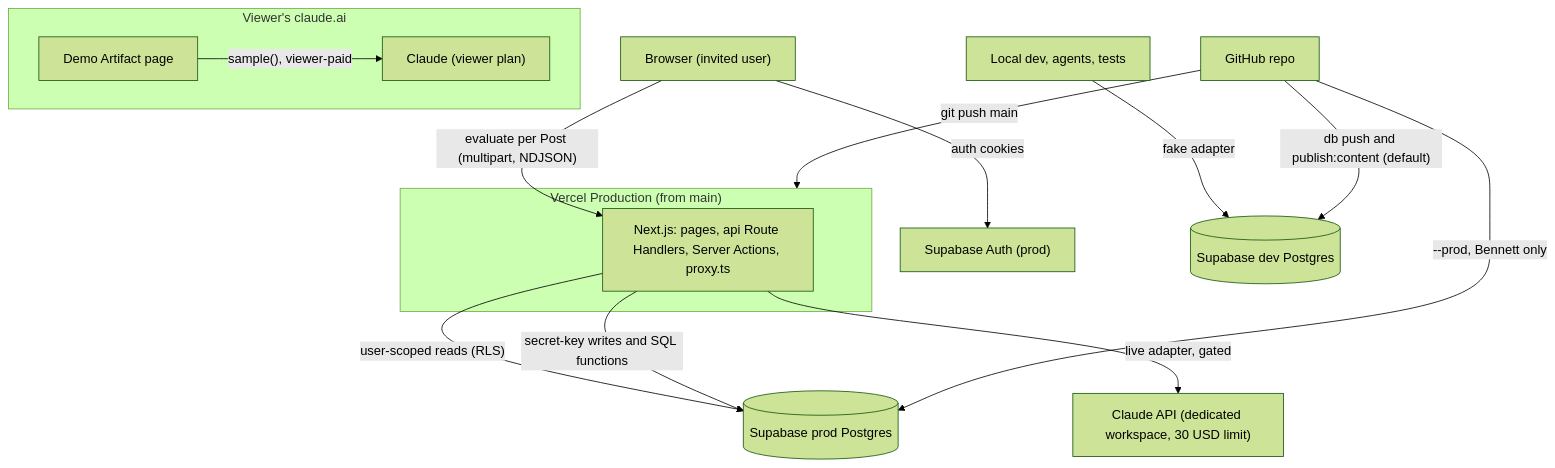
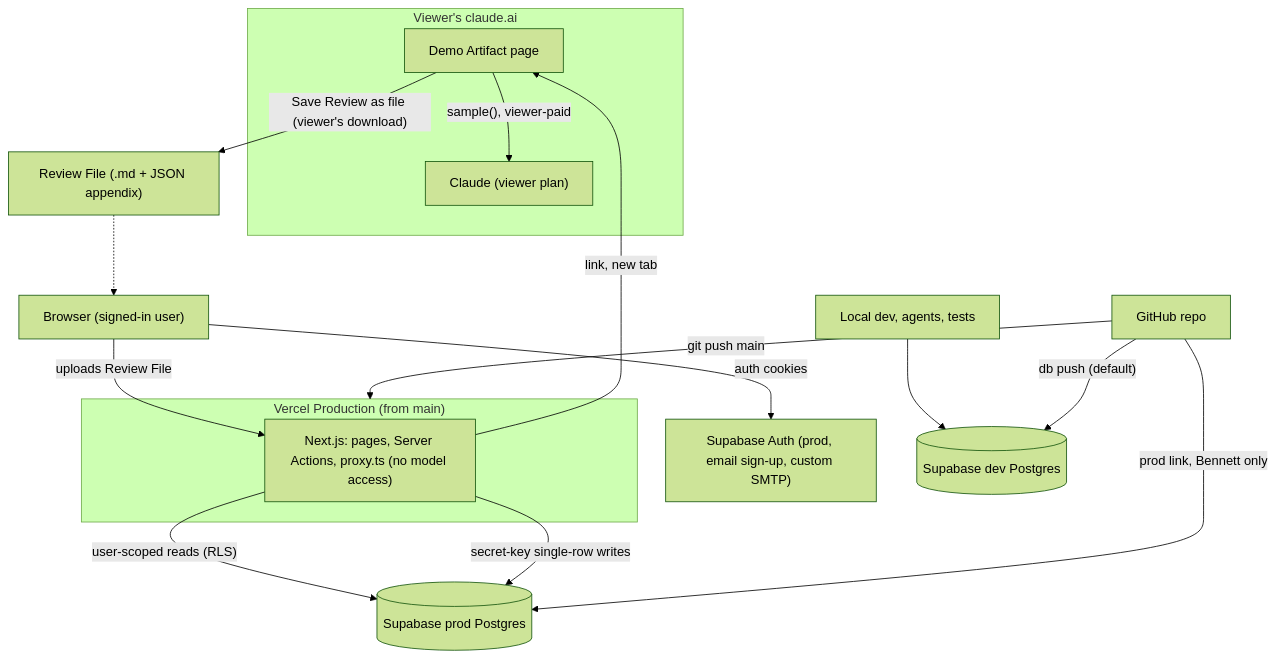
Before and after one commit to bennchristian/FC-Final-Project: the second of 3 diagrams in ARCHITECTURE.md, drawn with Mermaid (forest theme). The commit also changed other lines of this file and 6 other files, not shown here.

````diff
--- a/ARCHITECTURE.md
+++ b/ARCHITECTURE.md
@@ -526,18 +544,20 @@
 ```mermaid
 flowchart TB
   subgraph viewer["Viewer's claude.ai"]
     DA["Demo Artifact page"] -->|"sample(), viewer-paid"| CLA["Claude (viewer plan)"]
   end
   subgraph vercel["Vercel Production (from main)"]
-    NX["Next.js: pages, api Route Handlers, Server Actions, proxy.ts"]
+    NX["Next.js: pages, Server Actions, proxy.ts (no model access)"]
   end
-  BR["Browser (invited user)"] -->|"evaluate per Post (multipart, NDJSON)"| NX
-  BR -->|"auth cookies"| SA["Supabase Auth (prod)"]
+  DA -->|"Save Review as file (viewer's download)"| FILE["Review File (.md + JSON appendix)"]
+  BR["Browser (signed-in user)"] -->|"uploads Review File"| NX
+  FILE -.-> BR
+  NX -->|"link, new tab"| DA
+  BR -->|"auth cookies"| SA["Supabase Auth (prod, email sign-up, custom SMTP)"]
   NX -->|"user-scoped reads (RLS)"| PG[("Supabase prod Postgres")]
-  NX -->|"secret-key writes and SQL functions"| PG
-  NX -->|"live adapter, gated"| API["Claude API (dedicated workspace, 30 USD limit)"]
-  DEV["Local dev, agents, tests"] -->|"fake adapter"| PGD[("Supabase dev Postgres")]
+  NX -->|"secret-key single-row writes"| PG
+  DEV["Local dev, agents, tests"] --> PGD[("Supabase dev Postgres")]
   REPO["GitHub repo"] -->|"git push main"| vercel
-  REPO -->|"db push and publish:content (default)"| PGD
-  REPO -->|"--prod, Bennett only"| PG
+  REPO -->|"db push (default)"| PGD
+  REPO -->|"prod link, Bennett only"| PG
 ```
````
